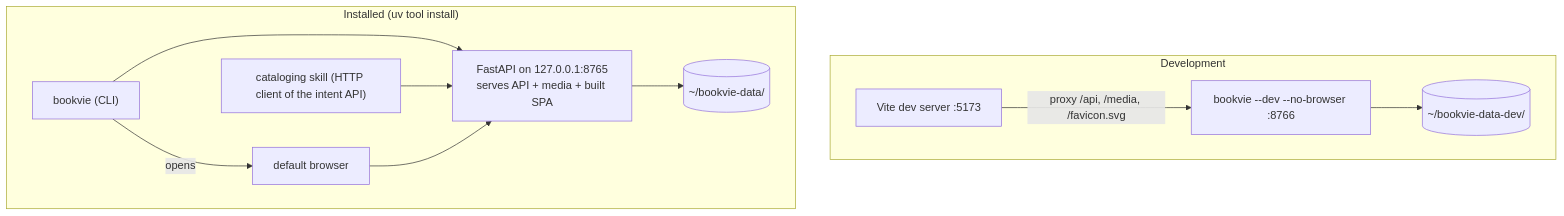
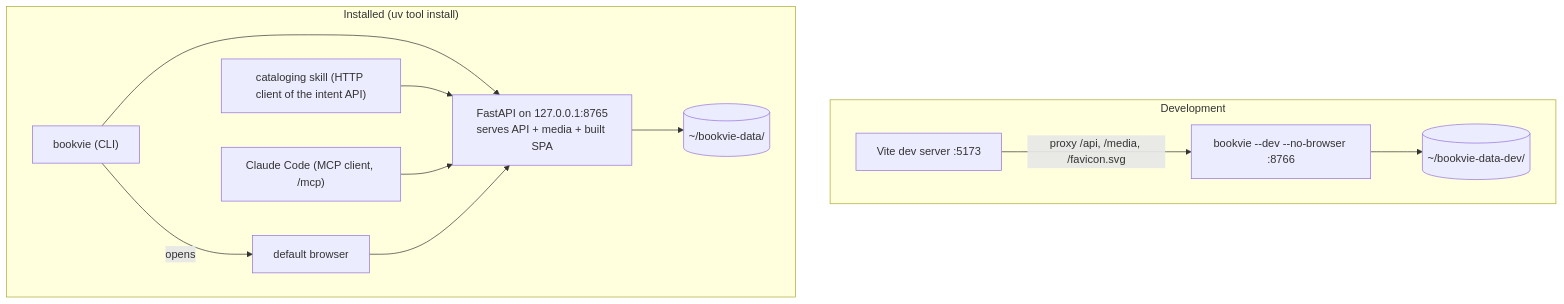
One commit to olegood/bookvie changed the second of 3 diagrams in _bmad-output/planning-artifacts/architecture/architecture-bookvie-2026-10-29/ARCHITECTURE-SPINE.md. Above: the diagram before and after it, drawn with Mermaid. The commit also changed other lines of this file and 5 other files, not shown here.

First line of the commit message:
docs: add AD-21 agent tools to the architecture spine

````diff
--- a/_bmad-output/planning-artifacts/architecture/architecture-bookvie-2026-10-29/ARCHITECTURE-SPINE.md
+++ b/_bmad-output/planning-artifacts/architecture/architecture-bookvie-2026-10-29/ARCHITECTURE-SPINE.md
@@ -331,14 +359,15 @@
 ```mermaid
 flowchart TB
   subgraph dev["Development"]
     V[Vite dev server :5173] -- "proxy /api, /media, /favicon.svg" --> U["bookvie --dev --no-browser :8766"]
     U --> DD[("~/bookvie-data-dev/")]
   end
   subgraph prod["Installed (uv tool install)"]
     C["bookvie (CLI)"] --> S["FastAPI on 127.0.0.1:8765<br/>serves API + media + built SPA"]
     C -- opens --> B[default browser]
     AG["cataloging skill (HTTP client of the intent API)"] --> S
+    CC["Claude Code (MCP client, /mcp)"] --> S
     B --> S
     S --> D[("~/bookvie-data/")]
   end
 ```
````
